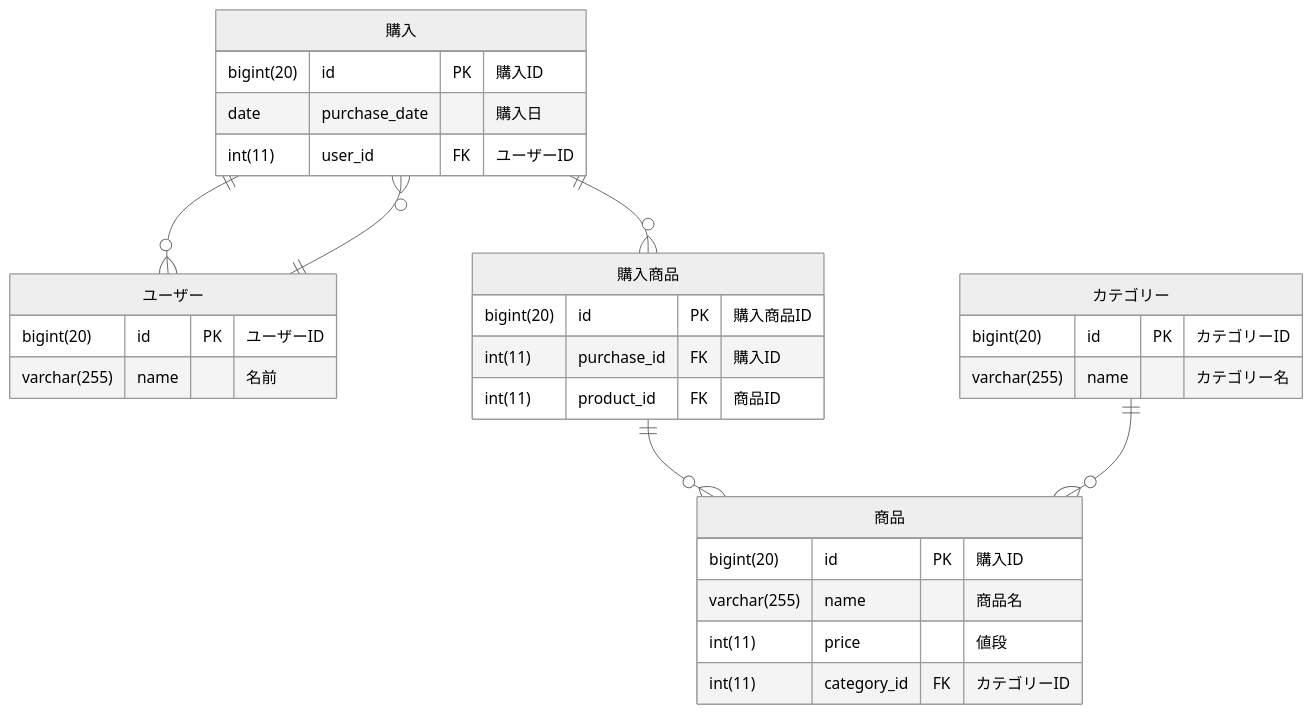
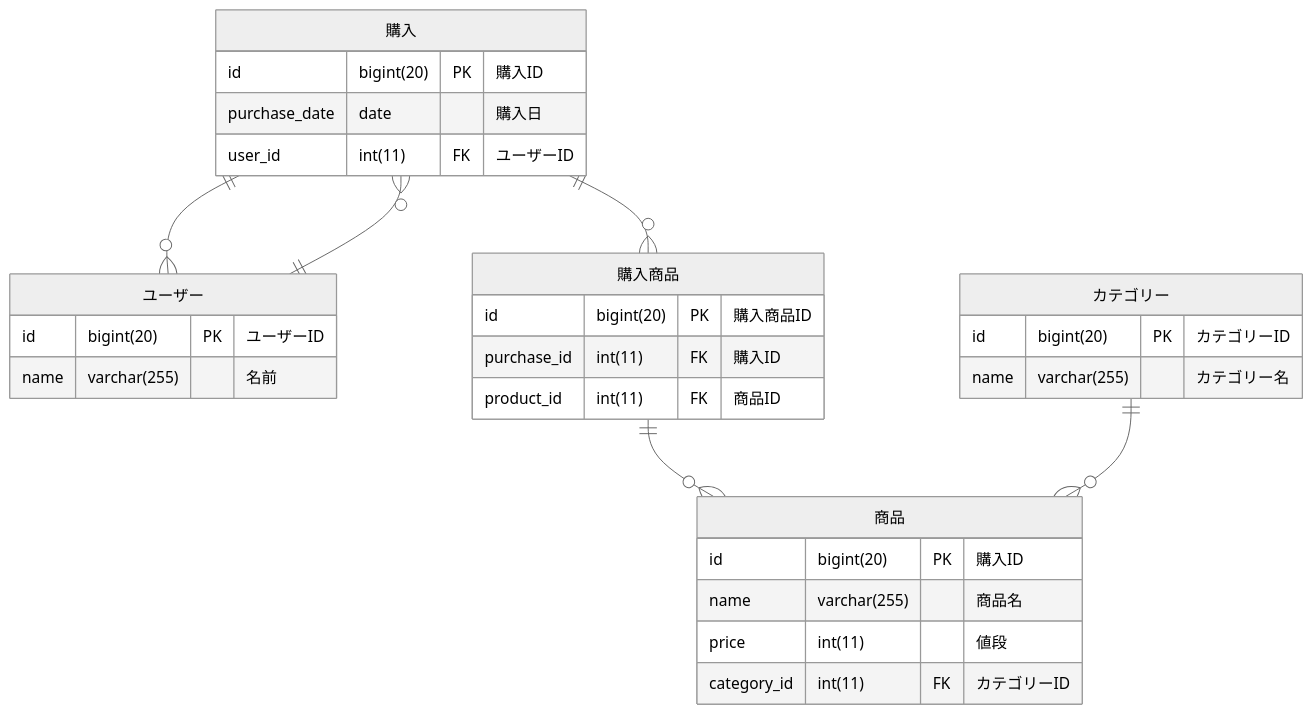
One commit to shuntaron/apprentice changed the diagram in week5-6/02_quest/20_ER_DIAGRAM/README.md. Above: the diagram before and after it, drawn with Mermaid (neutral theme). The commit also changed 1 other file, not shown here.

Commit message:
Add week5-6 01_INTERNET_TV STEP1 ERDiagram

````diff
--- a/week5-6/02_quest/20_ER_DIAGRAM/README.md
+++ b/week5-6/02_quest/20_ER_DIAGRAM/README.md
@@ -56,37 +56,37 @@
 ```mermaid
 erDiagram
   "購入"        ||--o{ "ユーザー": ""
   "購入"        ||--o{ "購入商品": ""
   "ユーザー"    ||--o{ "購入": ""
   "購入商品"    ||--o{ "商品": ""
   "カテゴリー"   ||--o{ "商品": ""
 
   "購入" {
-    bigint(20)      id             PK  "購入ID"
-    date            purchase_date      "購入日"
-    int(11)         user_id        FK  "ユーザーID"
+    id             bigint(20)      PK  "購入ID"
+    purchase_date  date                "購入日"
+    user_id        int(11)         FK  "ユーザーID"
   }
   
   "ユーザー" {
-    bigint(20)      id             PK  "ユーザーID"
-    varchar(255)    name               "名前"
+    id             bigint(20)      PK  "ユーザーID"
+    name           varchar(255)        "名前"
   }
 
   "購入商品" {
-    bigint(20)      id             PK  "購入商品ID"
-    int(11)         purchase_id    FK  "購入ID"
-    int(11)         product_id     FK  "商品ID"
+    id             bigint(20)      PK  "購入商品ID"
+    purchase_id    int(11)         FK  "購入ID"
+    product_id     int(11)         FK  "商品ID"
   }
 
   "商品" {
-    bigint(20)      id             PK  "購入ID"
-    varchar(255)    name               "商品名"
-    int(11)         price              "値段"
-    int(11)         category_id    FK  "カテゴリーID"
+    id             bigint(20)      PK  "購入ID"
+    name           varchar(255)        "商品名"
+    price          int(11)             "値段"
+    category_id    int(11)         FK  "カテゴリーID"
   }
 
   "カテゴリー" {
-    bigint(20)      id             PK  "カテゴリーID"
-    varchar(255)    name               "カテゴリー名"
+    id             bigint(20)      PK  "カテゴリーID"
+    name           varchar(255)        "カテゴリー名"
   }
 ```
````
